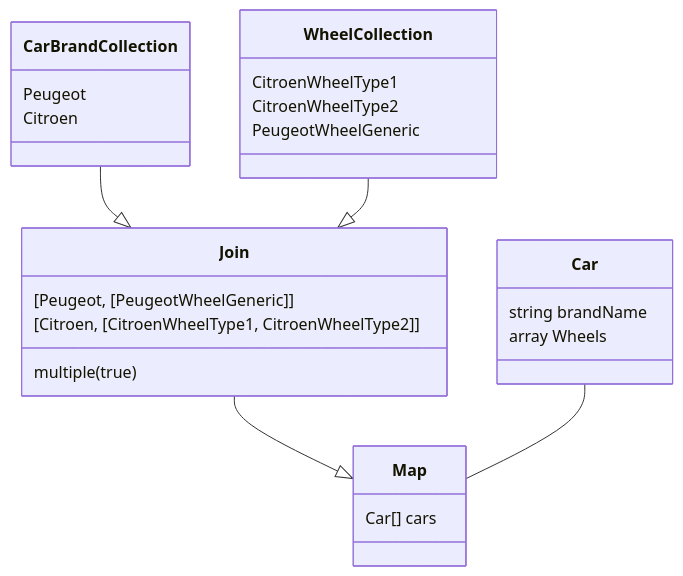
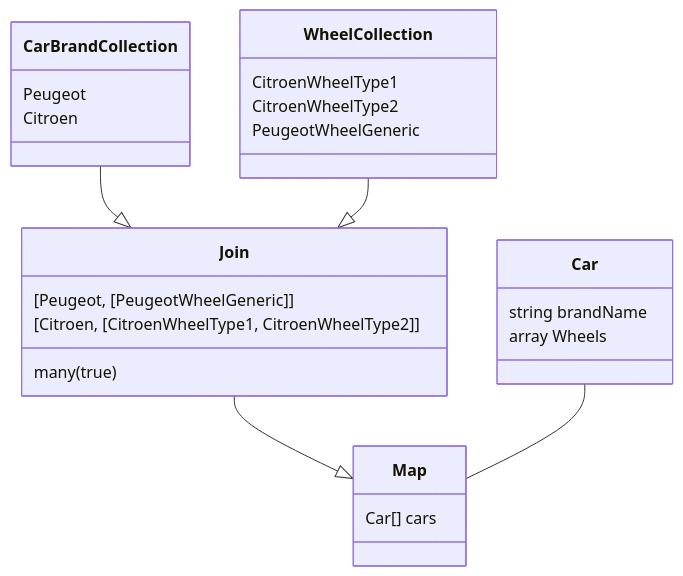
One commit to benconda/collection changed the diagram in README.md. Above: the diagram before and after it, drawn with Mermaid. The commit also changed other lines of this file and 3 other files, not shown here.

````diff
--- a/README.md
+++ b/README.md
@@ -77,28 +86,28 @@
 ```mermaid
 classDiagram
     class CarBrandCollection {
         Peugeot
         Citroen
     }
     class WheelCollection {
         CitroenWheelType1
         CitroenWheelType2
         PeugeotWheelGeneric
     }
     class Join {
         [Peugeot, [PeugeotWheelGeneric]]
         [Citroen, [CitroenWheelType1, CitroenWheelType2]]
-        multiple(true)
+        many(true)
     }
     CarBrandCollection --|> Join
     WheelCollection --|> Join
     class Car {
         string brandName
         array Wheels
     }
     class Map {
         Car[] cars
     }
     Join --|> Map
     Car -- Map
 ```
````
